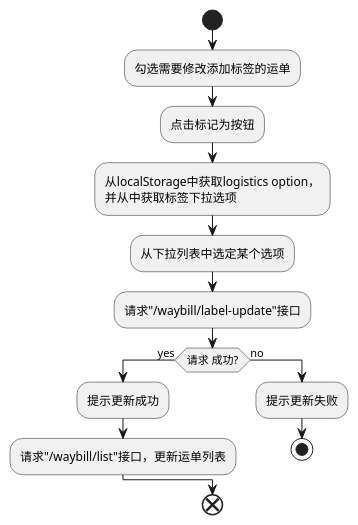
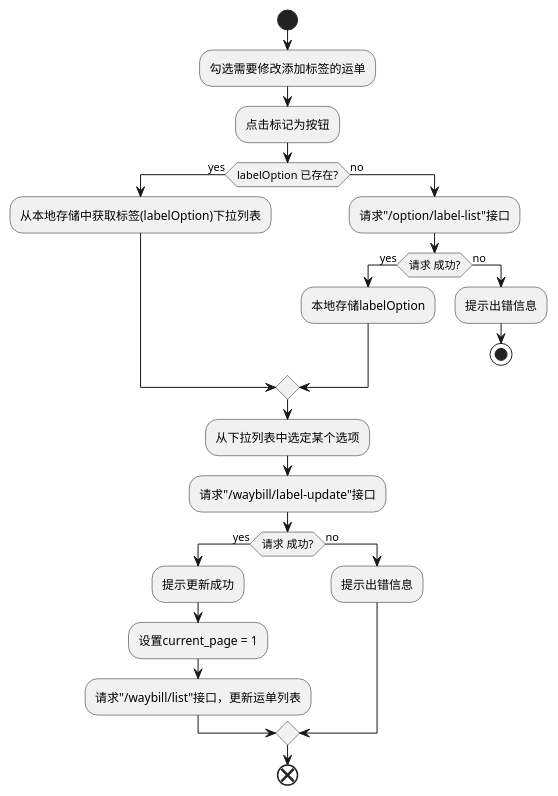
The diagram in docs/development-flow-diagram.puml/logistics-list/mark-label.puml (futurekidult/lis), drawn with PlantUML before and after one commit. The commit also changed 11 other files, not shown here.

```diff
--- a/docs/development-flow-diagram.puml/logistics-list/mark-label.puml
+++ b/docs/development-flow-diagram.puml/logistics-list/mark-label.puml
@@ -1,19 +1,28 @@
 @startuml
 
 start
 :勾选需要修改添加标签的运单;
 :点击标记为按钮;
-:从localStorage中获取logistics option，
-并从中获取标签下拉选项;
+if(labelOption 已存在?) then(yes)
+  :从本地存储中获取标签(labelOption)下拉列表;
+else (no)
+  :请求"/option/label-list"接口;
+  if(请求 成功?) then (yes)
+    :本地存储labelOption;
+  else (no)
+    :提示出错信息;
+    stop
+  endif
+endif
 :从下拉列表中选定某个选项;
 :请求"/waybill/label-update"接口;
 if(请求 成功?) then (yes)
   :提示更新成功;
+  :设置current_page = 1;
   :请求"/waybill/list"接口，更新运单列表;
 else (no)
-  :提示更新失败;
-  stop
+  :提示出错信息;
 endif
 end
 
 @enduml
```
